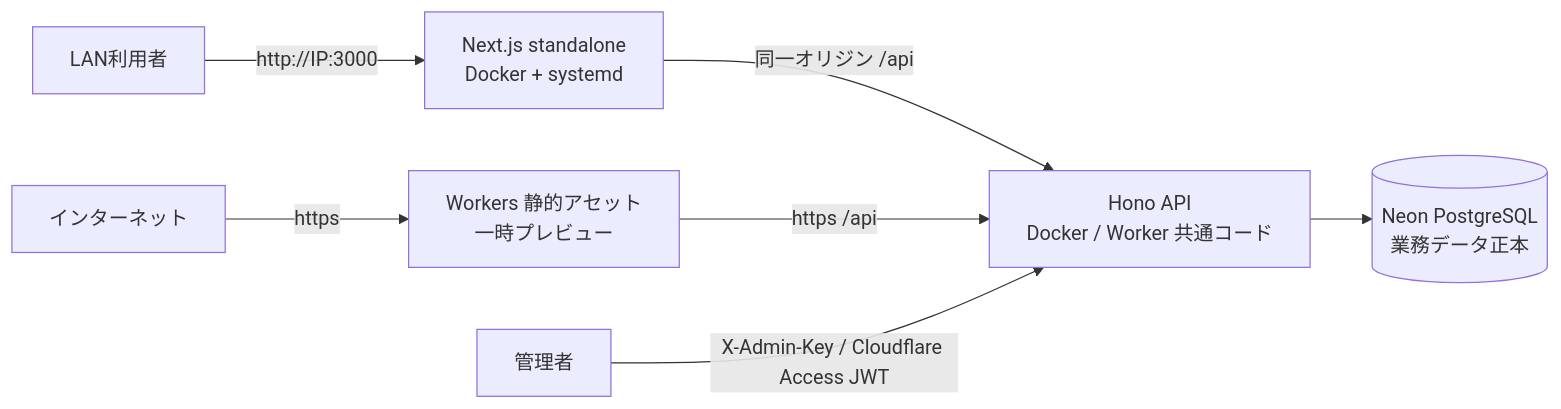
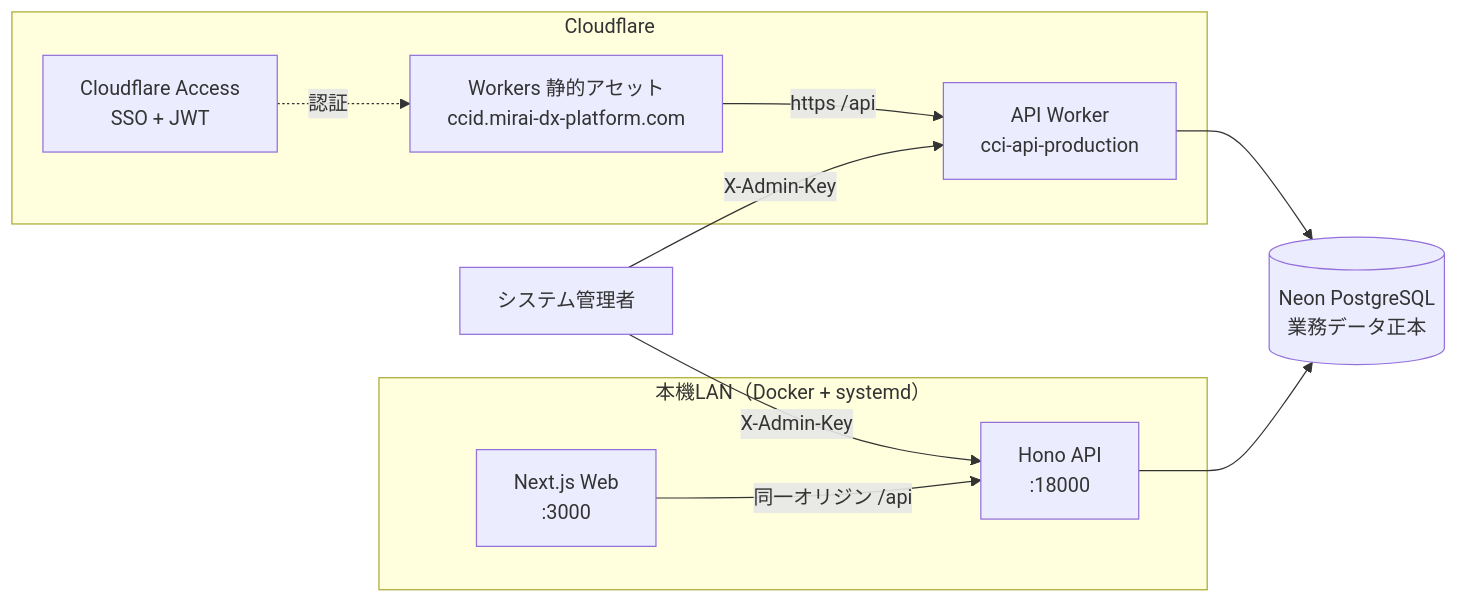
Before and after one commit to Kensan196948G/Civil-Cost-Index-Dashboard: the second of 9 diagrams in README.md, drawn with Mermaid. The commit also changed other lines of this file and 1 other file, not shown here.

Commit message:
docs(readme): X-Admin-Key取得手順を追加し全体をダイアグラム中心に刷新

````diff
--- a/README.md
+++ b/README.md
@@ -175,9 +125,14 @@
 ```mermaid
 flowchart LR
-    U1[LAN利用者] -->|http://IP:3000| W1[Next.js standalone<br/>Docker + systemd]
-    U2[インターネット] -->|https| W2[Workers 静的アセット<br/>一時プレビュー]
-    W1 -->|同一オリジン /api| A[Hono API<br/>Docker / Worker 共通コード]
-    W2 -->|https /api| A
-    A --> DB[(Neon PostgreSQL<br/>業務データ正本)]
-    ADMIN[管理者] -->|X-Admin-Key / Cloudflare Access JWT| A
+    subgraph LAN["本機LAN（Docker + systemd）"]
+        LW["Next.js Web<br/>:3000"] -->|"同一オリジン /api"| LA["Hono API<br/>:18000"]
+    end
+    subgraph CF["Cloudflare"]
+        CW["Workers 静的アセット<br/>ccid.mirai-dx-platform.com"] -->|"https /api"| CA["API Worker<br/>cci-api-production"]
+        ACC["Cloudflare Access<br/>SSO + JWT"] -. 認証 .-> CW
+    end
+    LA --> DB[("Neon PostgreSQL<br/>業務データ正本")]
+    CA --> DB
+    ADM["システム管理者"] -->|"X-Admin-Key"| LA
+    ADM -->|"X-Admin-Key"| CA
 ```
````
